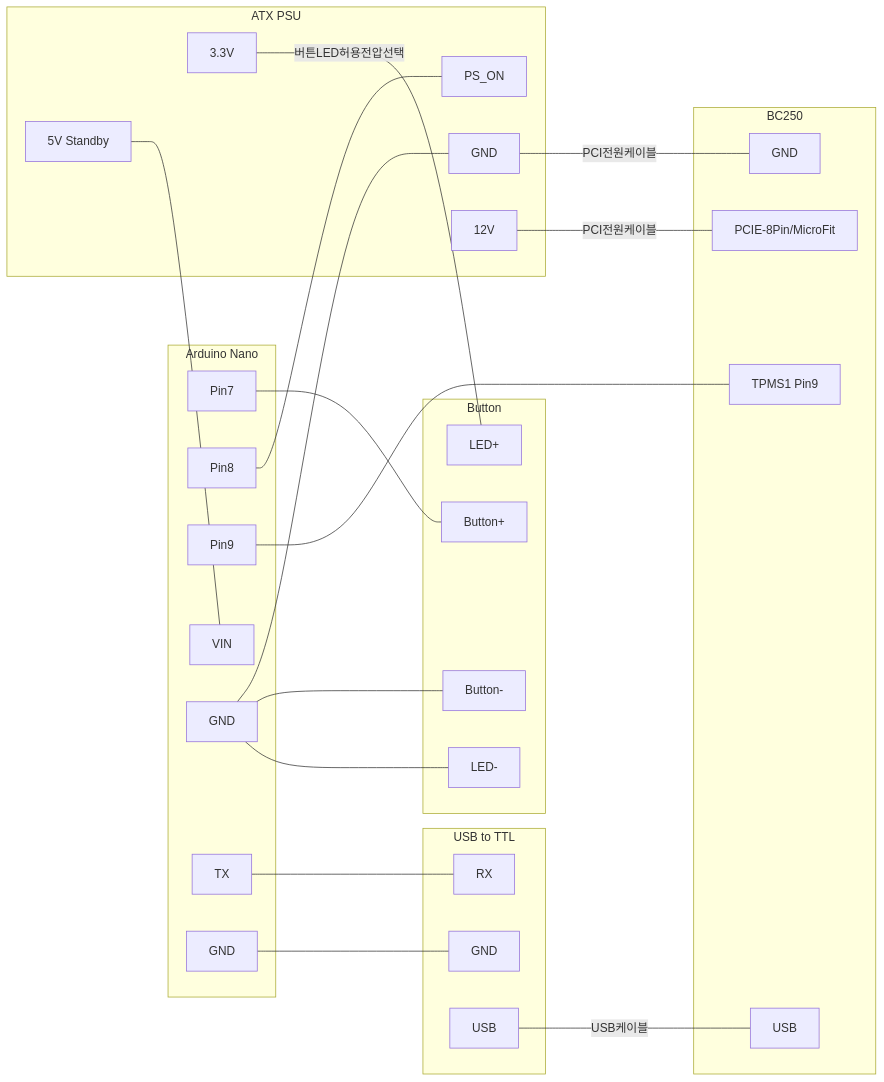
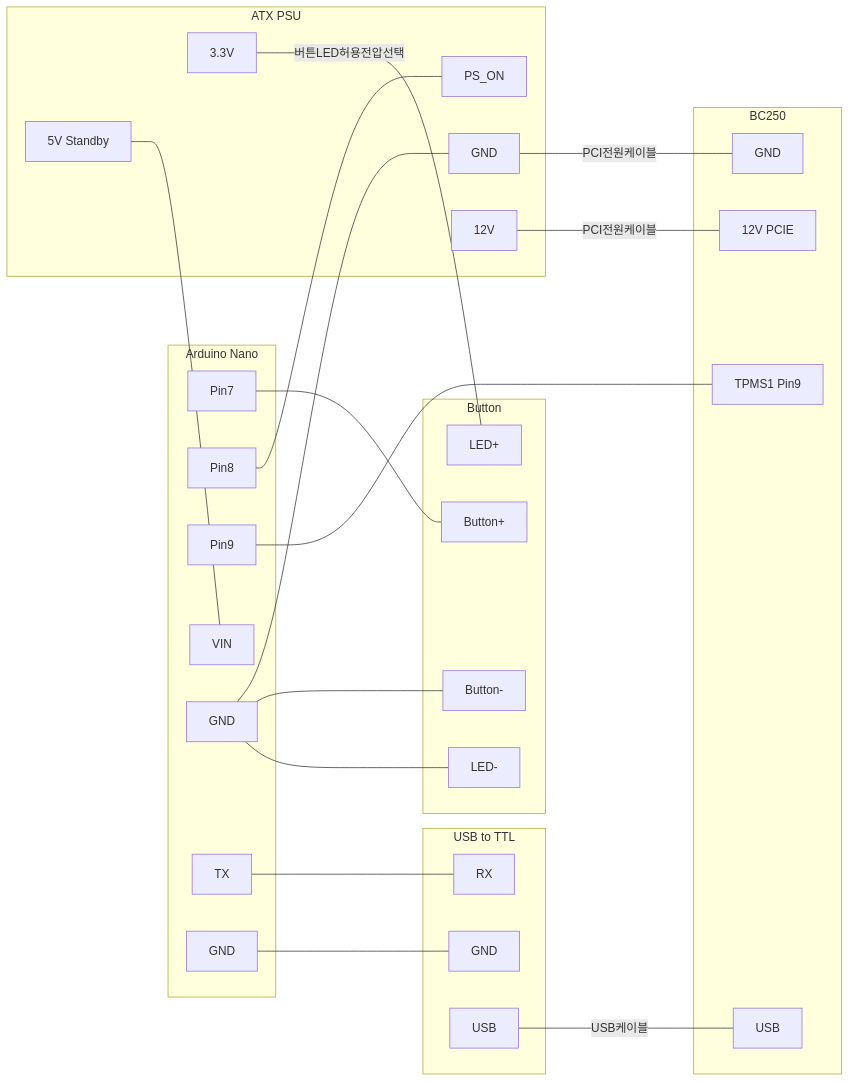
Before and after one commit to coolsolgit/BC250-ATX-PSU-Control: the second of 2 diagrams in README.md, drawn with Mermaid.

````diff
--- a/README.md
+++ b/README.md
@@ -52,49 +52,49 @@
 ```mermaid
 flowchart LR
   subgraph Arduino Nano
     P7[Pin7]
     P8[Pin8]
     P9[Pin9]
     VIN[VIN]
     AGND[GND]
     TX[TX]
     ATGND[GND]
   end
   subgraph BC250
     TPMS[TPMS1 Pin9]
     BUSB[USB]
-    PCIE[PCIE-8Pin/MicroFit]
+    PCIE[12V PCIE]
     BGND[GND]
   end
   subgraph USB to TTL
     RX[RX]
     UGND[GND]
     UUSB[USB]
   end
   subgraph ATX PSU
     5V[5V Standby]
     3.3V[3.3V]
     PS_ON[PS_ON]
     PGND[GND]
     12V[12V]
   end
   subgraph Button
     BTN1[Button+]
     BTN2[Button-]
     LED1[LED+]
     LED2[LED-]
   end
   UUSB ---|USB케이블| BUSB
   TX --- RX
   P7 --- BTN1
   P8 --- PS_ON
   P9 --- TPMS
   AGND --- PGND
   AGND --- BTN2
   AGND --- LED2
   ATGND --- UGND
   3.3V ---|버튼LED허용전압선택| LED1
   5V --- VIN
   12V ---|PCI전원케이블| PCIE
   PGND ----|PCI전원케이블| BGND
 ```
````
